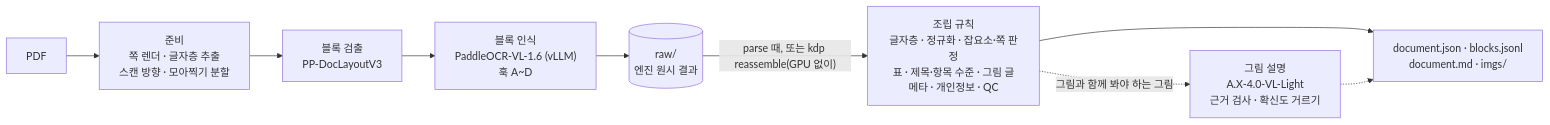
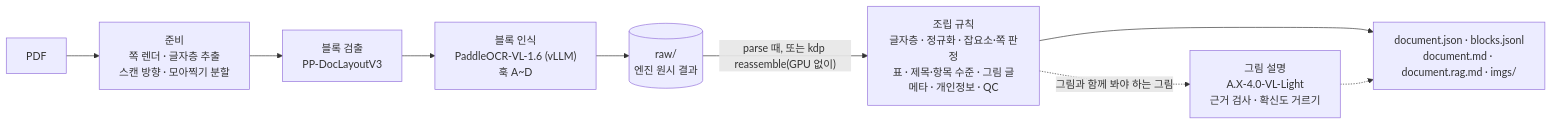
Before and after one commit to ohdyo/kor_doc_parser: the first of 2 diagrams in README.md, drawn with Mermaid. The commit also changed other lines of this file and 24 other files, not shown here.

Commit message:
RAG 적재용 마크다운(document.rag.md)과 LightRAG 하류 평가 축소판 — 질문 72개·검색 평가·LightRAG 저장소 평가·서버 스크립트, 결과 테스트_결과 14장

````diff
--- a/README.md
+++ b/README.md
@@ -58,11 +58,11 @@
 ```mermaid
 flowchart LR
     pdf["PDF"] --> prep["준비<br/>쪽 렌더 · 글자층 추출<br/>스캔 방향 · 모아찍기 분할"]
     prep --> det["블록 검출<br/>PP-DocLayoutV3"]
     det --> vlm["블록 인식<br/>PaddleOCR-VL-1.6 (vLLM)<br/>훅 A~D"]
     vlm --> raw[("raw/<br/>엔진 원시 결과")]
     raw -->|"parse 때, 또는 kdp reassemble(GPU 없이)"| asm["조립 규칙<br/>글자층 · 정규화 · 잡요소·쪽 판정<br/>표 · 제목·항목 수준 · 그림 글<br/>메타 · 개인정보 · QC"]
-    asm --> out["document.json · blocks.jsonl<br/>document.md · imgs/"]
+    asm --> out["document.json · blocks.jsonl<br/>document.md · document.rag.md · imgs/"]
     asm -.->|"그림과 함께 봐야 하는 그림"| desc["그림 설명<br/>A.X-4.0-VL-Light<br/>근거 검사 · 확신도 거르기"]
     desc -.-> out
 ```
````
